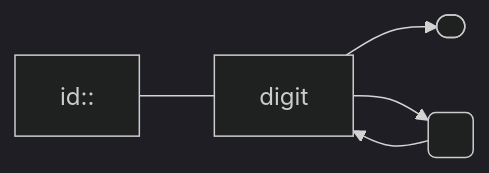
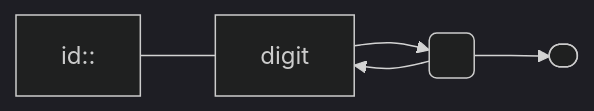
Before and after one commit to andrewfstratton/quandoscript: the fourth of 16 diagrams in README.md, drawn with Mermaid (dark theme). The commit also changed other lines of this file, not shown here.

````diff
--- a/README.md
+++ b/README.md
@@ -29,6 +28,6 @@
 ```mermaid
 graph LR
     stop([ ])
-    id::---digit-->stop
-    digit-->s( )-->digit
+    id::---digit-->s( )-->stop
+    s-->digit
 ```
````
